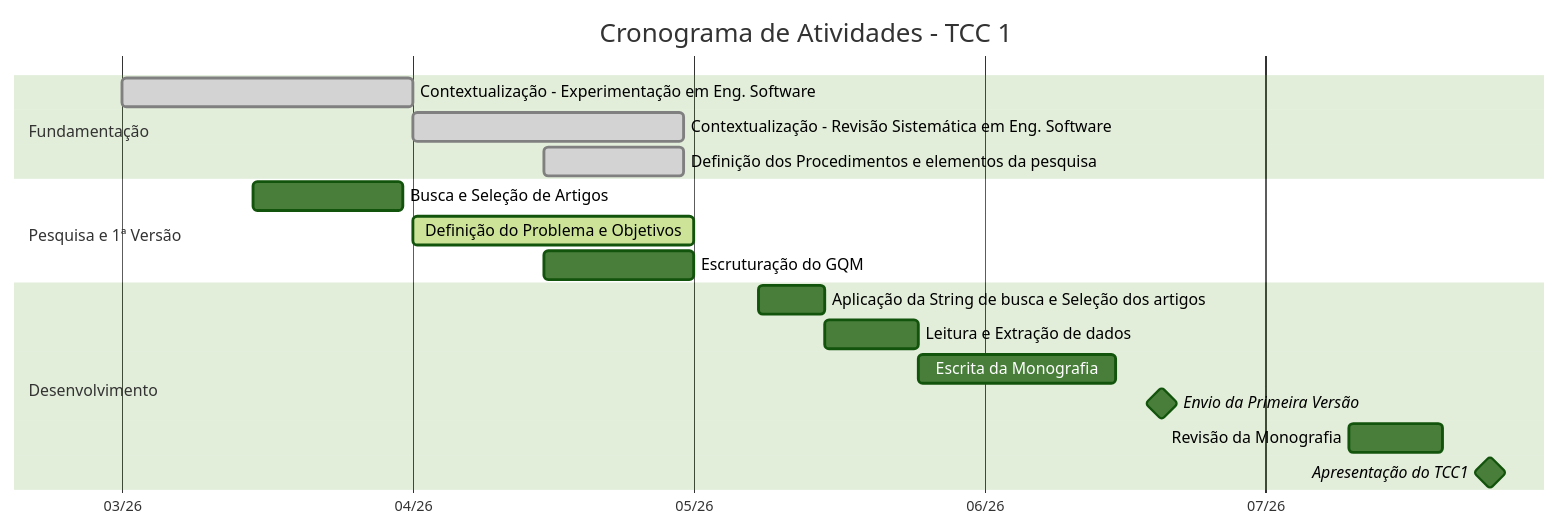
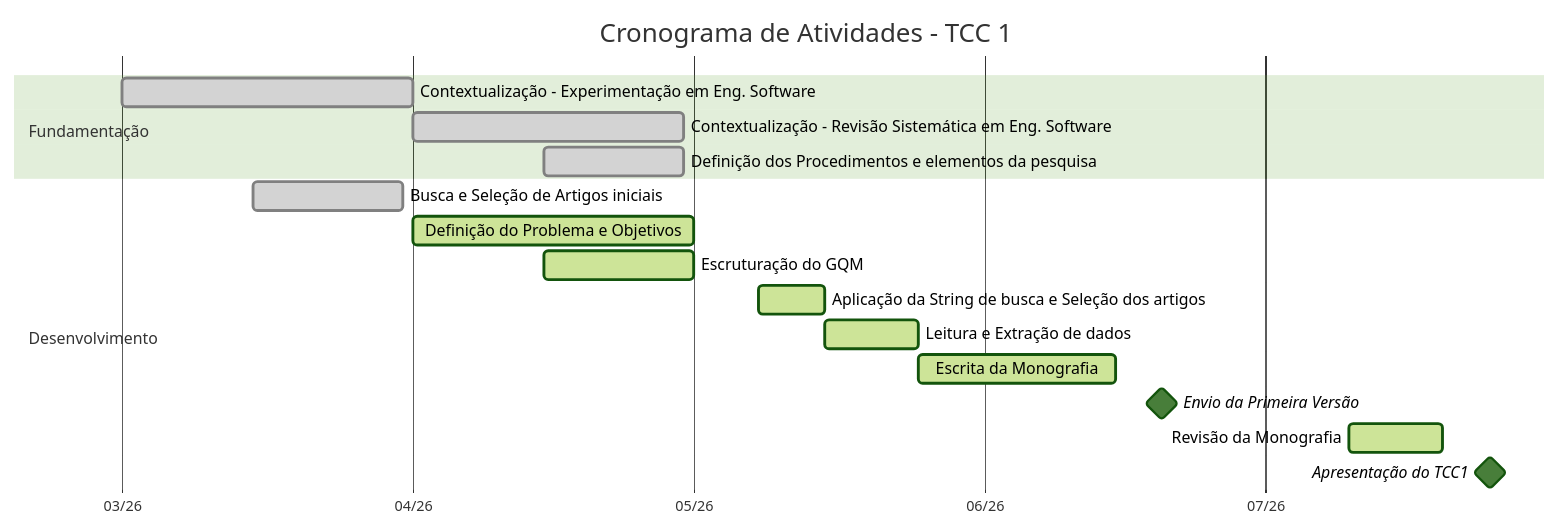
One commit to storch7/TCC_gstorch changed the diagram in CRONOGRAMA.md. Above: the diagram before and after it, drawn with Mermaid (forest theme).

Commit message:
Readequação do gantt

````diff
--- a/CRONOGRAMA.md
+++ b/CRONOGRAMA.md
@@ -9,24 +9,22 @@
 ```mermaid
 gantt
     title Cronograma de Atividades - TCC 1
     dateFormat  YYYY-MM-DD
     axisFormat  %m/%y
     
     section Fundamentação
     Contextualização - Experimentação em Eng. Software     :done, a1, 2026-03-01, 2026-04-01
     Contextualização - Revisão Sistemática em Eng. Software     :done, a2, 2026-04-01, 2026-04-30
     Definição dos Procedimentos e elementos da pesquisa   :done, a3, 2026-04-15, 2026-04-30
-    
-    section Pesquisa e 1ª Versão
-    Busca e Seleção de Artigos           :b1, 2026-03-15, 2026-03-31
+
+    section Desenvolvimento
+    Busca e Seleção de Artigos iniciais           :done, b1, 2026-03-15, 2026-03-31
     Definição do Problema e Objetivos    :active, b2, 2026-04-01, 2026-05-01
-    Escruturação do GQM                  :b3, 2026-04-15, 2026-05-01
-    
-    section Desenvolvimento
-    Aplicação da String de busca e Seleção dos artigos          :c1, 2026-05-08, 2026-05-15
-    Leitura e Extração de dados                     :c2, 2026-05-15, 2026-05-25
-    Escrita da Monografia                :c3, 2026-05-25, 2026-06-15
+    Escruturação do GQM                  :active, b3, 2026-04-15, 2026-05-01
+    Aplicação da String de busca e Seleção dos artigos          :active, c1, 2026-05-08, 2026-05-15
+    Leitura e Extração de dados                     :active, c2, 2026-05-15, 2026-05-25
+    Escrita da Monografia                :active, c3, 2026-05-25, 2026-06-15
     Envio da Primeira Versão             :milestone, m1, 2026-06-20, 0d
-    Revisão da Monografia          :c4, 2026-07-10, 2026-07-20
+    Revisão da Monografia          :active, c4, 2026-07-10, 2026-07-20
     Apresentação do TCC1                 :milestone, m2, 2026-07-25, 0d
 ```
````
